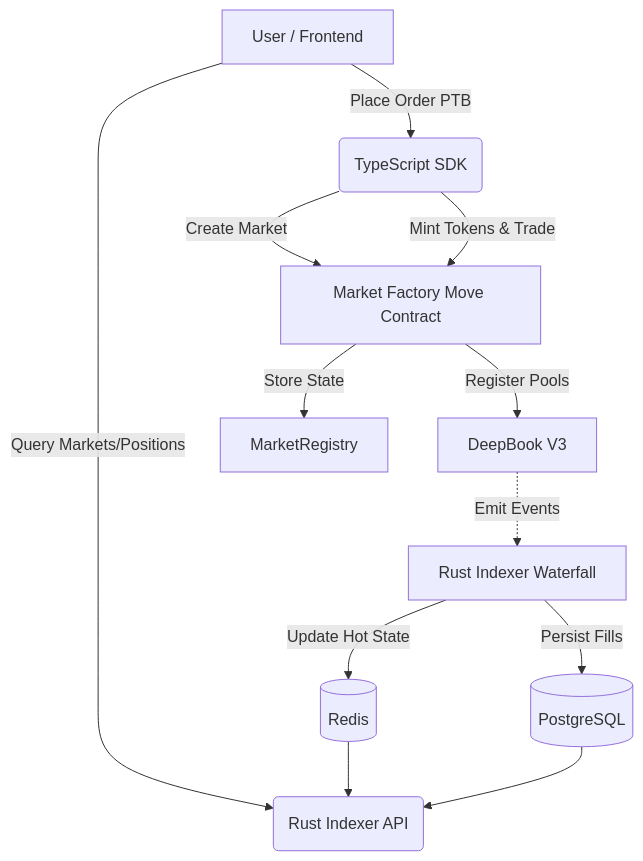
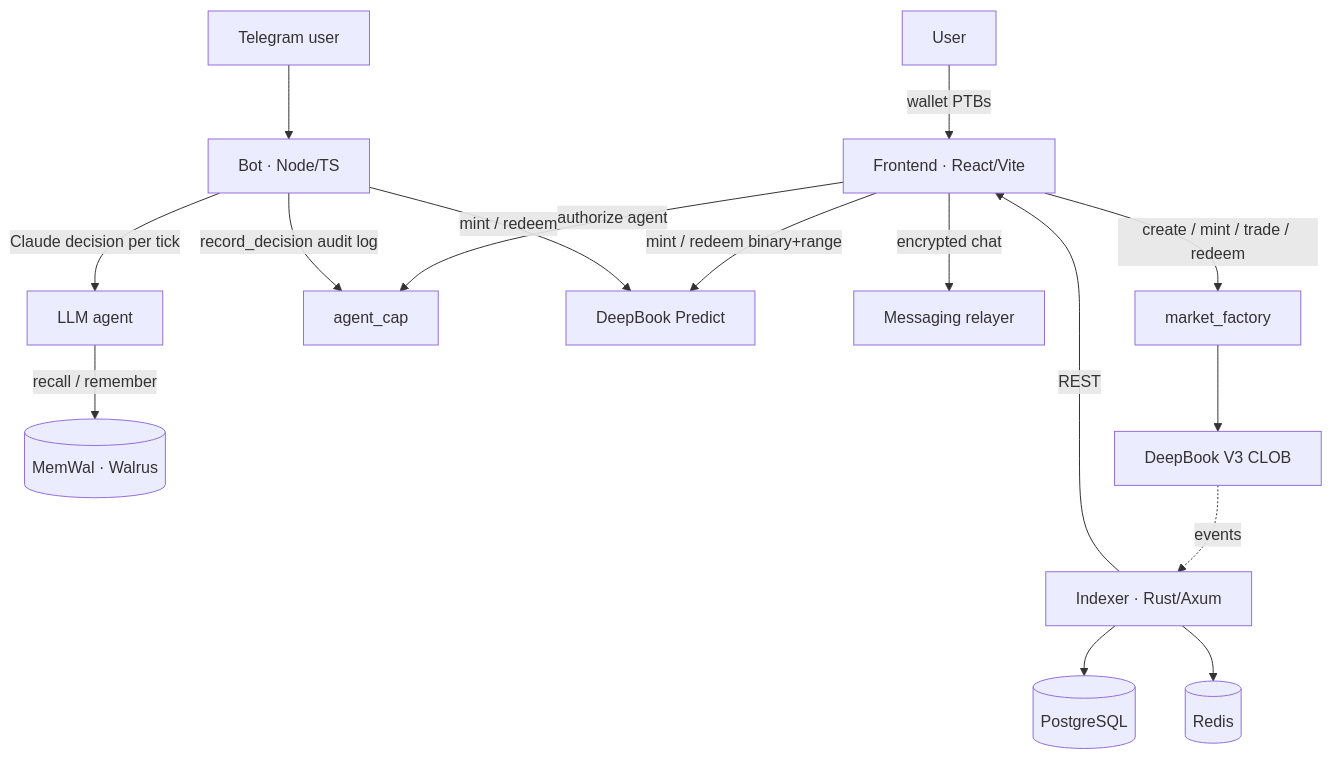
The diagram in README.md (Miracle656/deepmarket), drawn with Mermaid before and after one commit. The commit also changed other lines of this file and 2 other files, not shown here.

First line of the commit message:
docs: rewrite stale READMEs to match current architecture

````diff
--- a/README.md
+++ b/README.md
@@ -7,18 +16,21 @@
 ```mermaid
 graph TD
-    A[User / Frontend] -->|Place Order PTB| B(TypeScript SDK)
-    A -->|Query Markets/Positions| C(Rust Indexer API)
-    
-    B -->|Create Market| D[Market Factory Move Contract]
-    B -->|Mint Tokens & Trade| D
-    
-    D -->|Register Pools| E[DeepBook V3]
-    D -->|Store State| F[MarketRegistry]
-    
-    E -.->|Emit Events| G[Rust Indexer Waterfall]
-    G -->|Update Hot State| H[(Redis)]
-    G -->|Persist Fills| I[(PostgreSQL)]
-    
-    H --> C
-    I --> C
+    U[User] -->|wallet PTBs| FE[Frontend · React/Vite]
+    TG[Telegram user] --> BOT[Bot · Node/TS]
+
+    FE -->|create / mint / trade / redeem| MF[market_factory]
+    FE -->|authorize agent| AC[agent_cap]
+    FE -->|mint / redeem binary+range| PRD[DeepBook Predict]
+    FE -->|encrypted chat| REL[Messaging relayer]
+
+    BOT -->|Claude decision per tick| LLM[LLM agent]
+    LLM -->|recall / remember| MW[(MemWal · Walrus)]
+    BOT -->|mint / redeem| PRD
+    BOT -->|record_decision audit log| AC
+
+    MF --> DB[DeepBook V3 CLOB]
+    DB -.->|events| IDX[Indexer · Rust/Axum]
+    IDX --> PG[(PostgreSQL)]
+    IDX --> RD[(Redis)]
+    IDX -->|REST| FE
 ```
````
